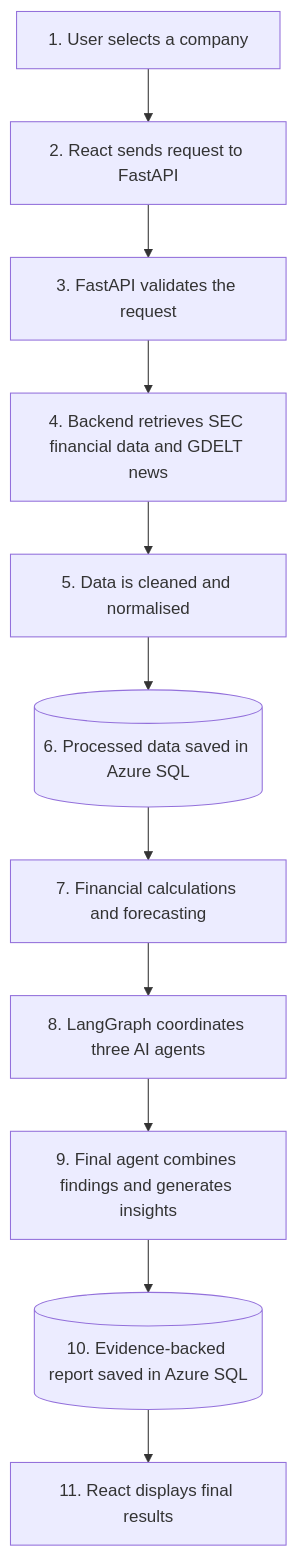
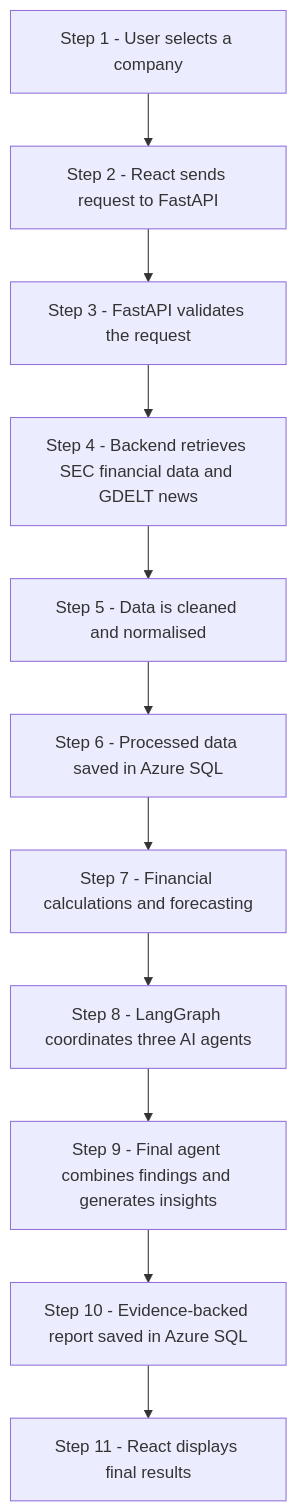
Before and after one commit to Hariharan119/ai-business-research-growth-analysis: the second of 4 diagrams in docs/architecture.md, drawn with Mermaid. The commit also changed other lines of this file, not shown here.

Commit message:
Docs: simplify Mermaid flowchart syntax for GitHub rendering

````diff
--- a/docs/architecture.md
+++ b/docs/architecture.md
@@ -35,13 +35,13 @@
 ```mermaid
 flowchart TD
-    S1["1. User selects a company"] --> S2["2. React sends request to FastAPI"]
-    S2 --> S3["3. FastAPI validates the request"]
-    S3 --> S4["4. Backend retrieves SEC financial data and GDELT news"]
-    S4 --> S5["5. Data is cleaned and normalised"]
-    S5 --> S6[("6. Processed data saved in Azure SQL")]
-    S6 --> S7["7. Financial calculations and forecasting"]
-    S7 --> S8["8. LangGraph coordinates three AI agents"]
-    S8 --> S9["9. Final agent combines findings and generates insights"]
-    S9 --> S10[("10. Evidence-backed report saved in Azure SQL")]
-    S10 --> S11["11. React displays final results"]
+    S1[Step 1 - User selects a company] --> S2[Step 2 - React sends request to FastAPI]
+    S2 --> S3[Step 3 - FastAPI validates the request]
+    S3 --> S4[Step 4 - Backend retrieves SEC financial data and GDELT news]
+    S4 --> S5[Step 5 - Data is cleaned and normalised]
+    S5 --> S6[Step 6 - Processed data saved in Azure SQL]
+    S6 --> S7[Step 7 - Financial calculations and forecasting]
+    S7 --> S8[Step 8 - LangGraph coordinates three AI agents]
+    S8 --> S9[Step 9 - Final agent combines findings and generates insights]
+    S9 --> S10[Step 10 - Evidence-backed report saved in Azure SQL]
+    S10 --> S11[Step 11 - React displays final results]
 ```
````
